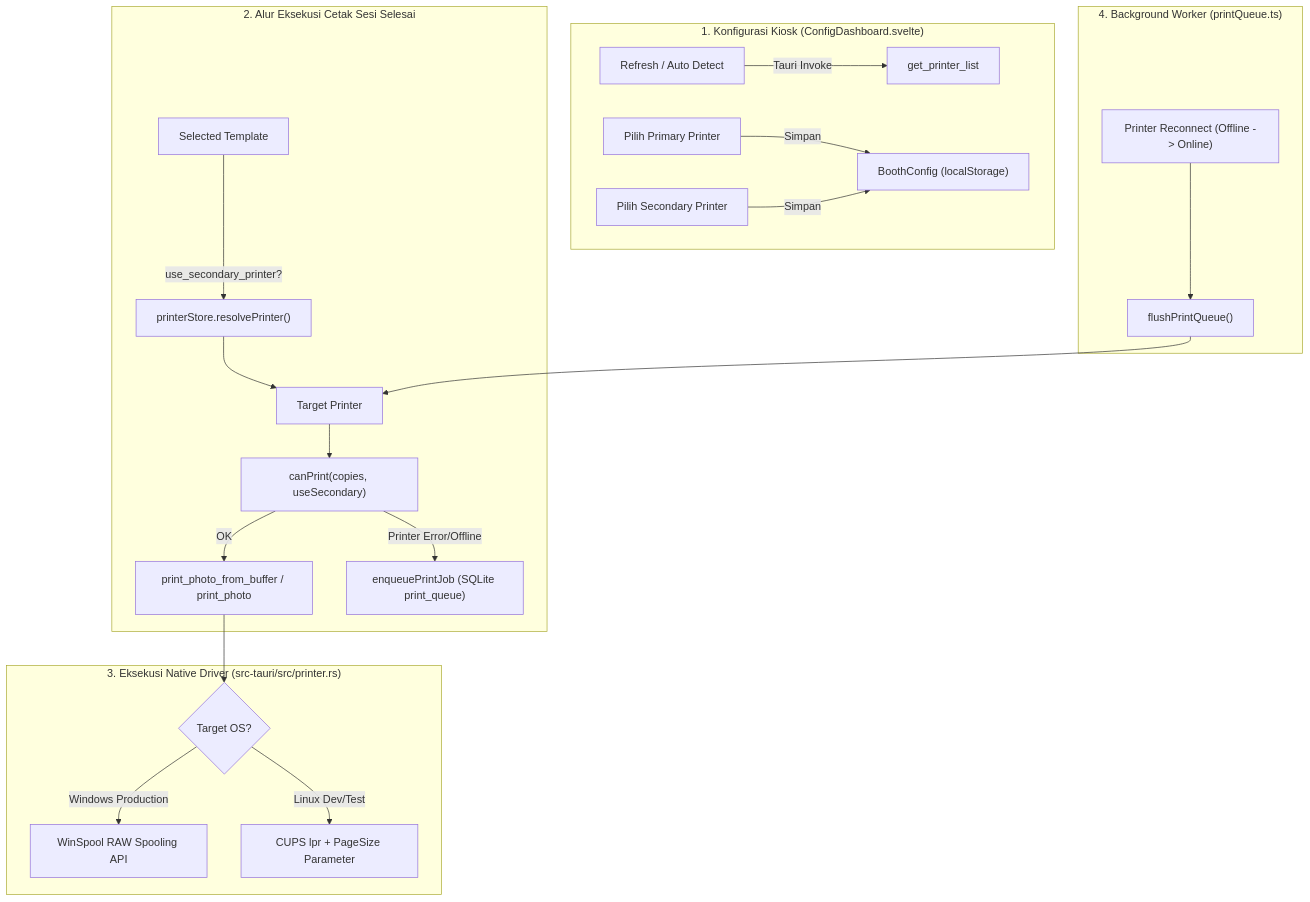
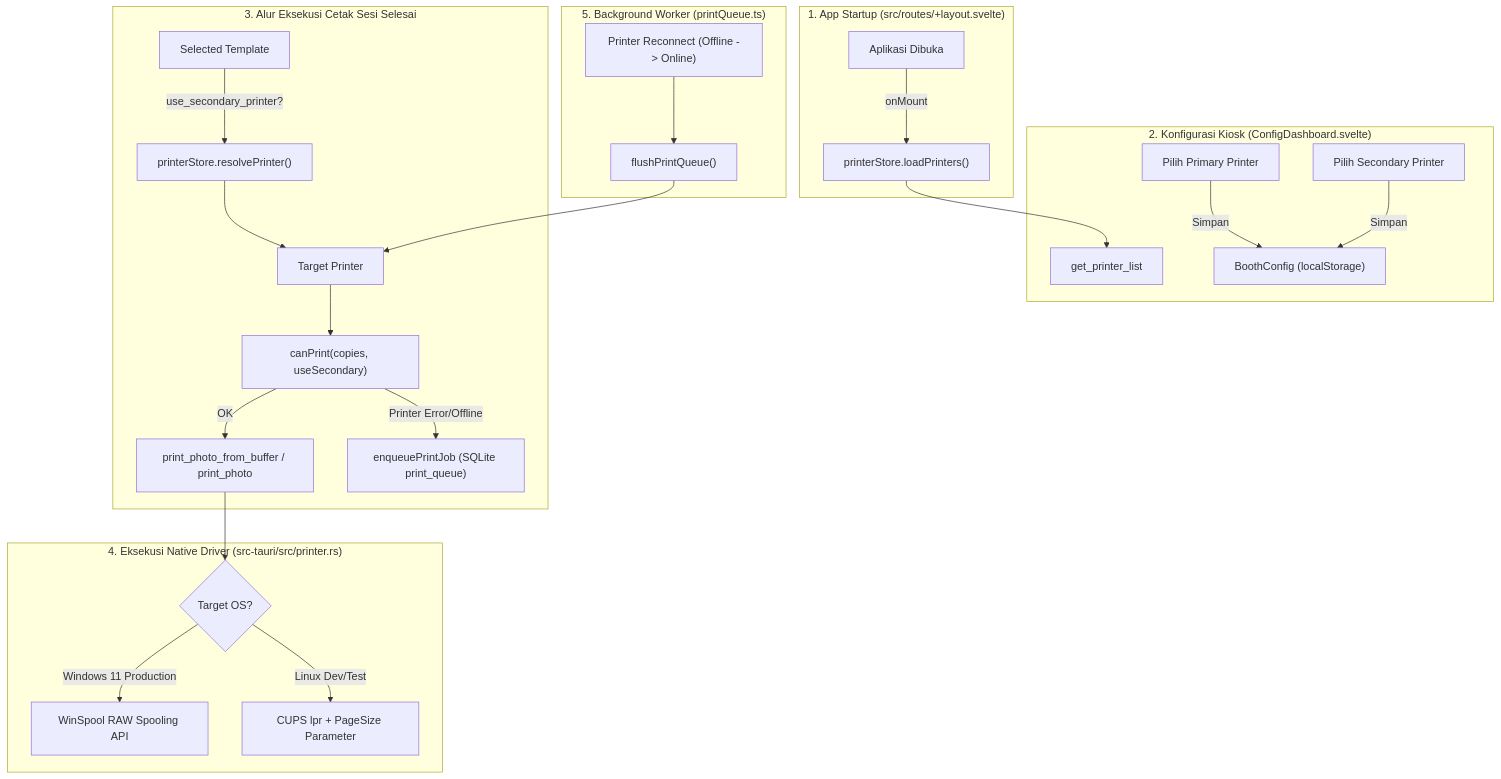
Before and after one commit to Dwi-Wahyu/potohub-dekstop-app: the diagram in docs/SPRINT_3_PRINTER_INTEGRATION.md, drawn with Mermaid. The commit also changed other lines of this file and 8 other files, not shown here.

````diff
--- a/docs/SPRINT_3_PRINTER_INTEGRATION.md
+++ b/docs/SPRINT_3_PRINTER_INTEGRATION.md
@@ -28,27 +28,31 @@
 ```mermaid
 flowchart TD
-    subgraph UI ["1. Konfigurasi Kiosk (ConfigDashboard.svelte)"]
-        UI_Detect["Refresh / Auto Detect"] -->|Tauri Invoke| Rust_List["get_printer_list"]
+    subgraph Boot ["1. App Startup (src/routes/+layout.svelte)"]
+        AppStart["Aplikasi Dibuka"] -->|onMount| LoadPrinters["printerStore.loadPrinters()"]
+    end
+
+    subgraph UI ["2. Konfigurasi Kiosk (ConfigDashboard.svelte)"]
+        LoadPrinters --> Rust_List["get_printer_list"]
         UI_Primary["Pilih Primary Printer"] -->|Simpan| BoothCfg["BoothConfig (localStorage)"]
         UI_Secondary["Pilih Secondary Printer"] -->|Simpan| BoothCfg
     end
 
-    subgraph Core ["2. Alur Eksekusi Cetak Sesi Selesai"]
+    subgraph Core ["3. Alur Eksekusi Cetak Sesi Selesai"]
         Tpl["Selected Template"] -->|use_secondary_printer?| Resolve["printerStore.resolvePrinter()"]
         Resolve --> Target["Target Printer"]
         Target --> Check["canPrint(copies, useSecondary)"]
         Check -->|OK| PrintDirect["print_photo_from_buffer / print_photo"]
         Check -->|Printer Error/Offline| Enqueue["enqueuePrintJob (SQLite print_queue)"]
     end
 
-    subgraph OS ["3. Eksekusi Native Driver (src-tauri/src/printer.rs)"]
+    subgraph OS ["4. Eksekusi Native Driver (src-tauri/src/printer.rs)"]
         PrintDirect --> OS_Check{Target OS?}
-        OS_Check -->|Windows Production| WinSpool["WinSpool RAW Spooling API"]
+        OS_Check -->|Windows 11 Production| WinSpool["WinSpool RAW Spooling API"]
         OS_Check -->|Linux Dev/Test| CUPS["CUPS lpr + PageSize Parameter"]
     end
 
-    subgraph Offline ["4. Background Worker (printQueue.ts)"]
+    subgraph Offline ["5. Background Worker (printQueue.ts)"]
         OnlineEvent["Printer Reconnect (Offline -> Online)"] --> Flush["flushPrintQueue()"]
         Flush --> Target
     end
 ```
````
